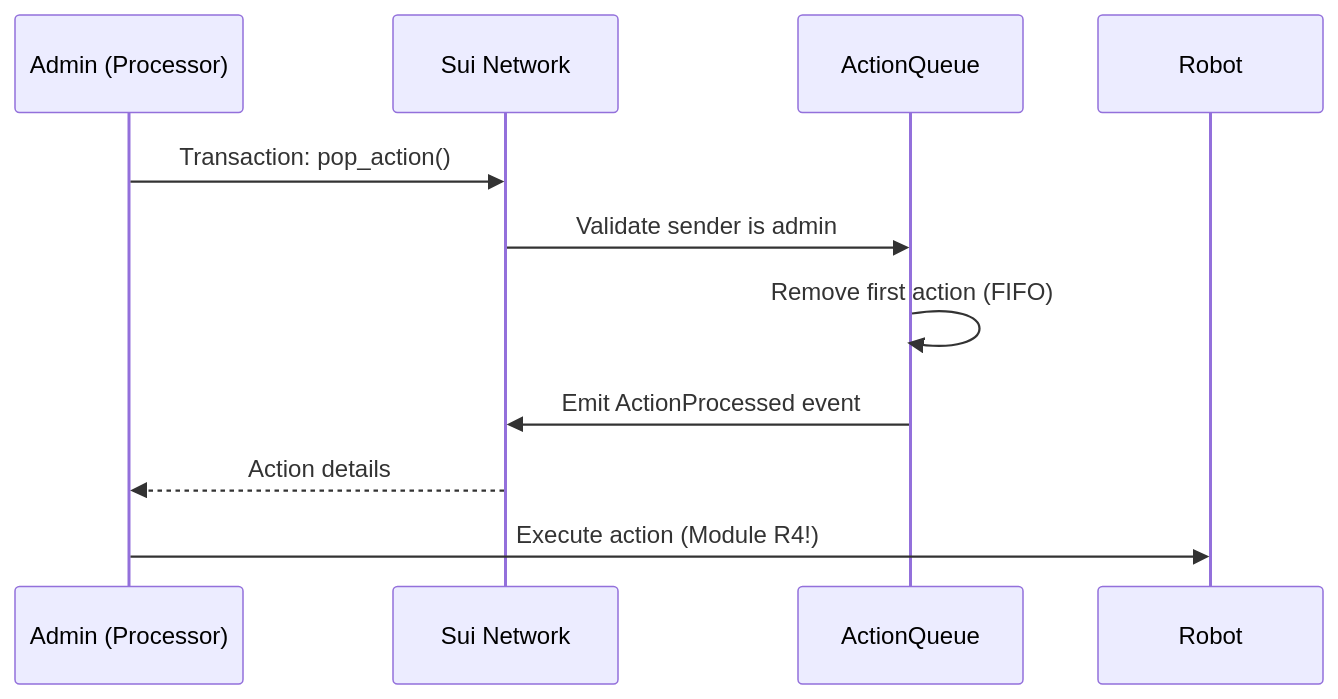
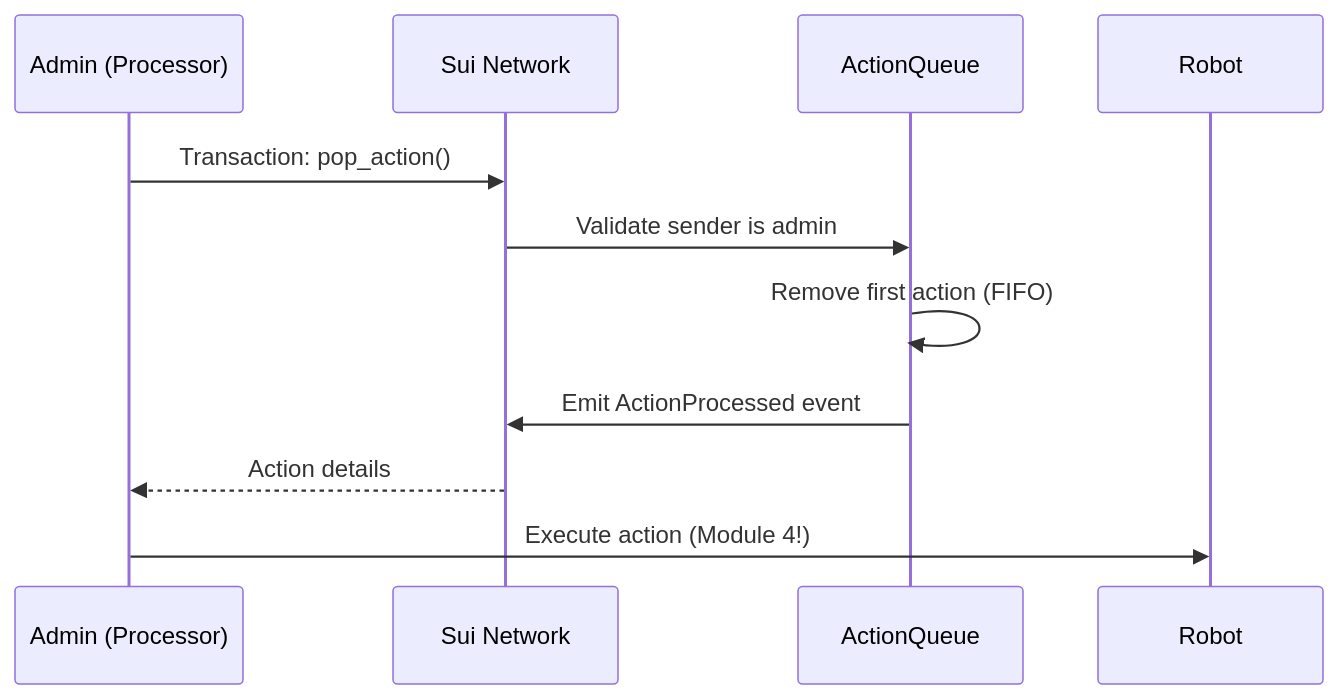
One commit to MystenLabs/sui-move-bootcamp changed the second of 2 diagrams in R2/README.md. Above: the diagram before and after it, drawn with Mermaid. The commit also changed other lines of this file and 5 other files, not shown here.

````diff
--- a/R2/README.md
+++ b/R2/README.md
@@ -451,14 +451,14 @@
 ```mermaid
 sequenceDiagram
     participant A as Admin (Processor)
     participant N as Sui Network
     participant Q as ActionQueue
     participant R as Robot
 
     A->>N: Transaction: pop_action()
     N->>Q: Validate sender is admin
     Q->>Q: Remove first action (FIFO)
     Q->>N: Emit ActionProcessed event
     N-->>A: Action details
-    A->>R: Execute action (Module R4!)
+    A->>R: Execute action (Module 4!)
 ```
````
